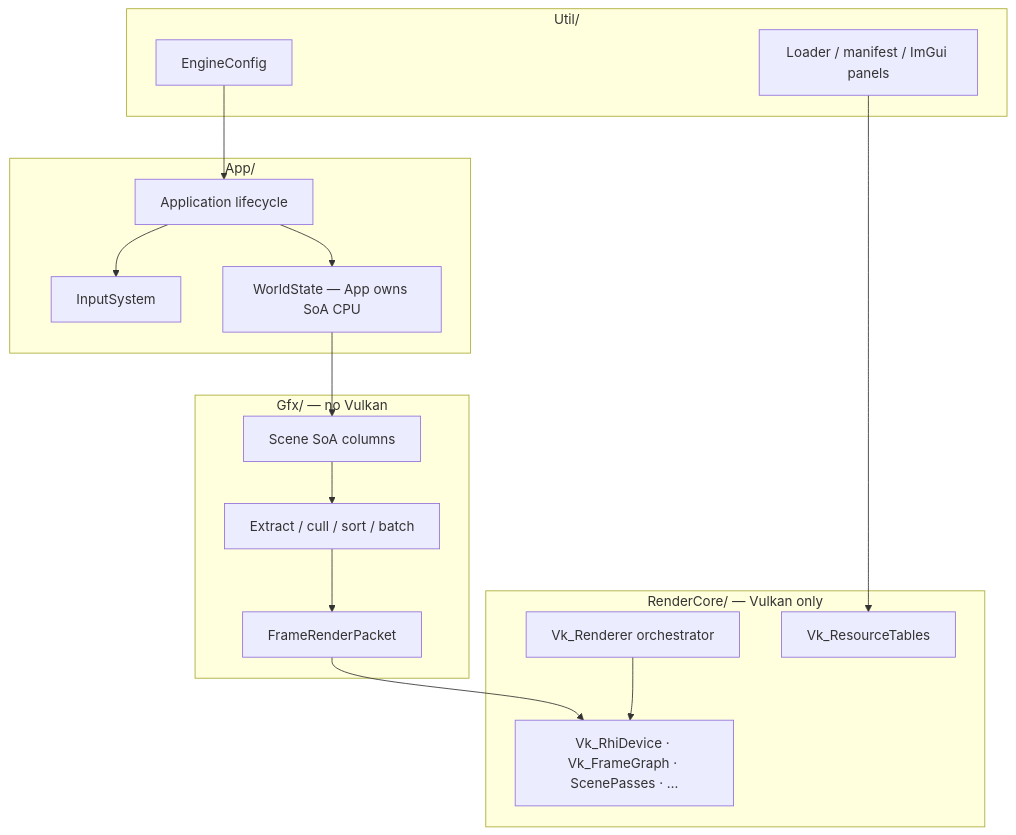
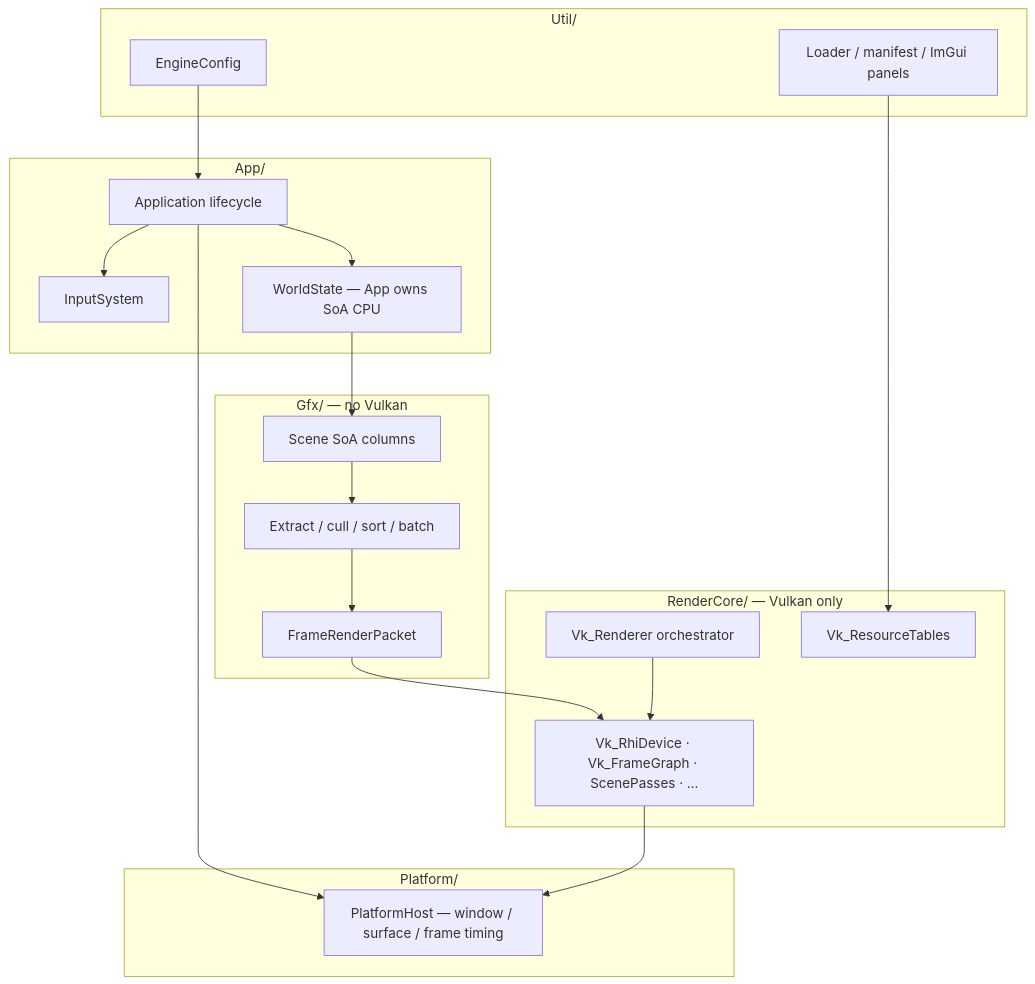
One commit to PluseggWill/SiriusEngine_VulkanReboot changed the first of 13 diagrams in Docs/EngineArchitecture.md. Above: the diagram before and after it, drawn with Mermaid. The commit also changed other lines of this file and 18 other files, not shown here.

Commit message:
Refine render architecture boundaries

````diff
--- a/Docs/EngineArchitecture.md
+++ b/Docs/EngineArchitecture.md
@@ -21,35 +21,41 @@
 ```mermaid
 flowchart TB
   subgraph APP [App/]
     APPLICATION[Application lifecycle]
     INPUT[InputSystem]
     WORLD[WorldState — App owns SoA CPU]
   end
 
   subgraph GFX [Gfx/ — no Vulkan]
     SOA[Scene SoA columns]
     EXTRACT[Extract / cull / sort / batch]
     PACKETS[FrameRenderPacket]
   end
 
   subgraph UTIL [Util/]
     CONFIG[EngineConfig]
     LOAD[Loader / manifest / ImGui panels]
   end
 
+  subgraph PLATFORM [Platform/]
+    PHOST[PlatformHost — window / surface / frame timing]
+  end
+
   subgraph RC [RenderCore/ — Vulkan only]
     CORE[Vk_Renderer orchestrator]
     PEEL[Vk_RhiDevice · Vk_FrameGraph · ScenePasses · …]
     TABLES[Vk_ResourceTables]
   end
 
   APPLICATION --> INPUT
   APPLICATION --> WORLD
   WORLD --> SOA
   SOA --> EXTRACT
   EXTRACT --> PACKETS
   PACKETS --> PEEL
   CONFIG --> APPLICATION
   LOAD --> TABLES
+  APPLICATION --> PHOST
+  PEEL --> PHOST
   CORE --> PEEL
 ```
````
